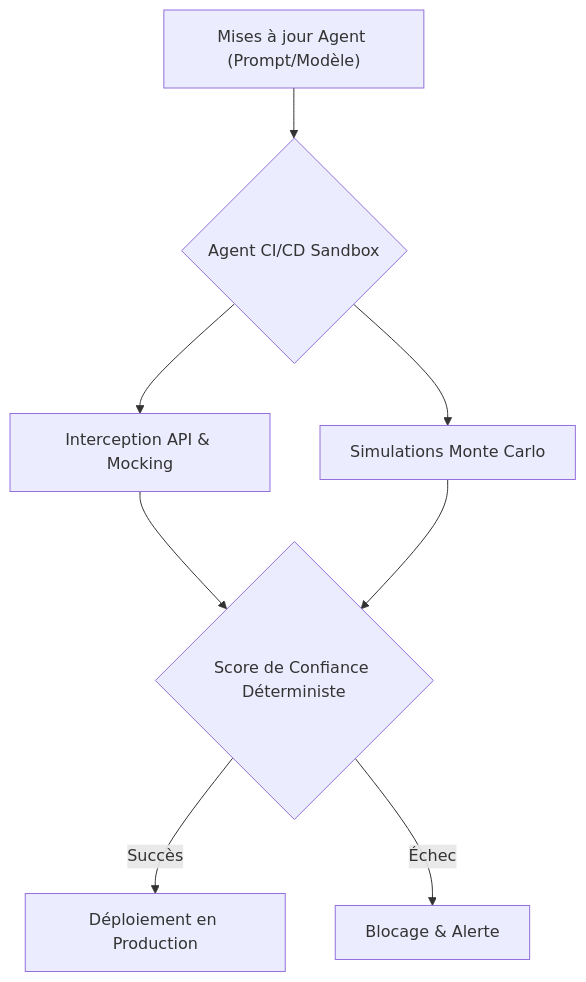
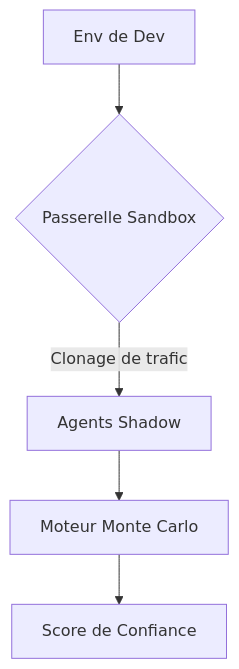
The first of 2 diagrams in ideas/agent-cicd-sandbox/README.fr.md (flouzzy/top-100-ai-startup-ideas), drawn with Mermaid before and after one commit. The commit also changed other lines of this file and 41 other files, not shown here.

````diff
--- a/ideas/agent-cicd-sandbox/README.fr.md
+++ b/ideas/agent-cicd-sandbox/README.fr.md
@@ -17,10 +17,8 @@
 ```mermaid
 graph TD
-    A["Mises à jour Agent (Prompt/Modèle)"] --> B{"Agent CI/CD Sandbox"}
-    B --> C["Interception API & Mocking"]
-    B --> D["Simulations Monte Carlo"]
-    C --> E{"Score de Confiance Déterministe"}
-    D --> E
-    E -->|Succès| F["Déploiement en Production"]
-    E -->|Échec| G["Blocage & Alerte"]
+    %% Flux d'architecture
+    A["Env de Dev"] --> B{"Passerelle Sandbox"}
+    B -->|Clonage de trafic| C["Agents Shadow"]
+    C --> D["Moteur Monte Carlo"]
+    D --> E["Score de Confiance"]
 ```
````
